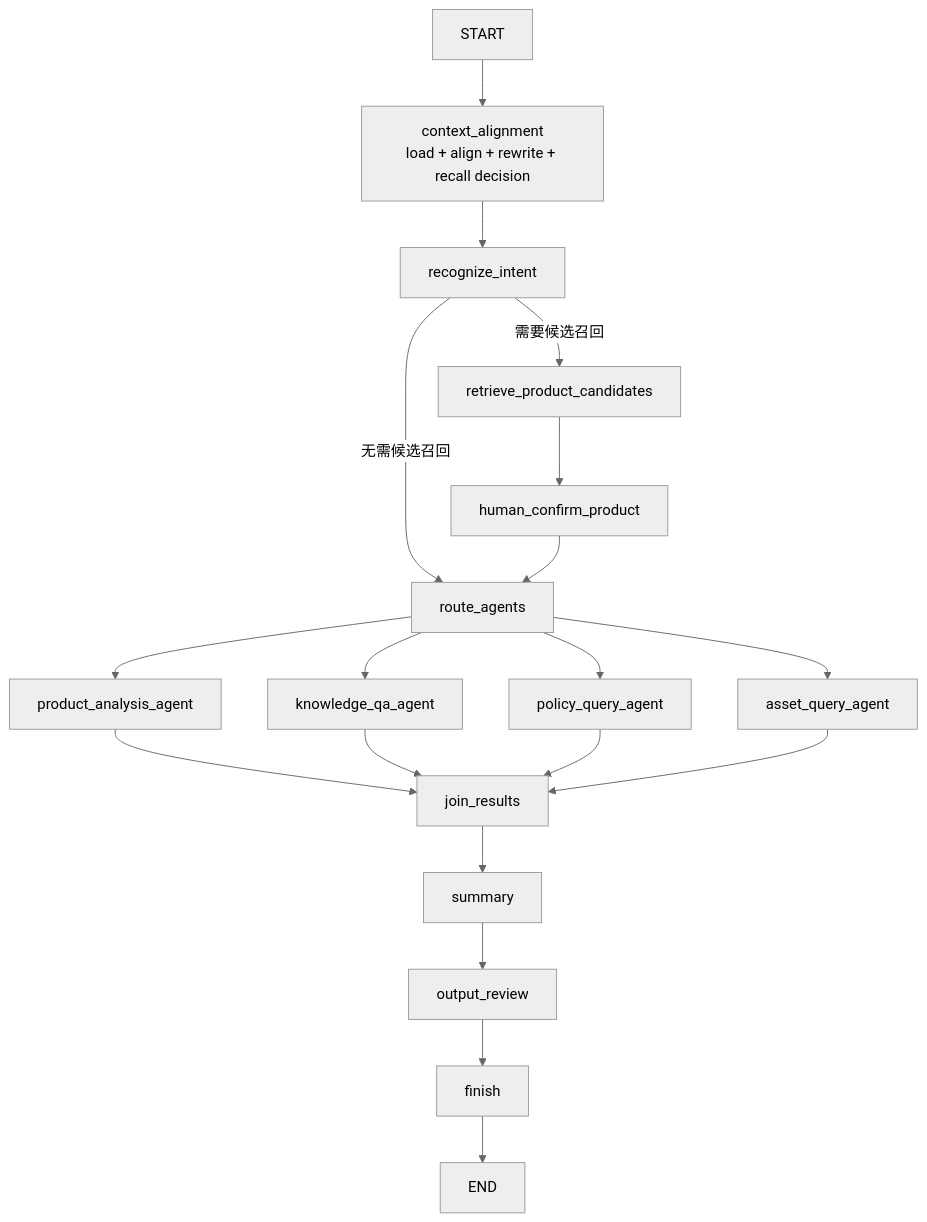
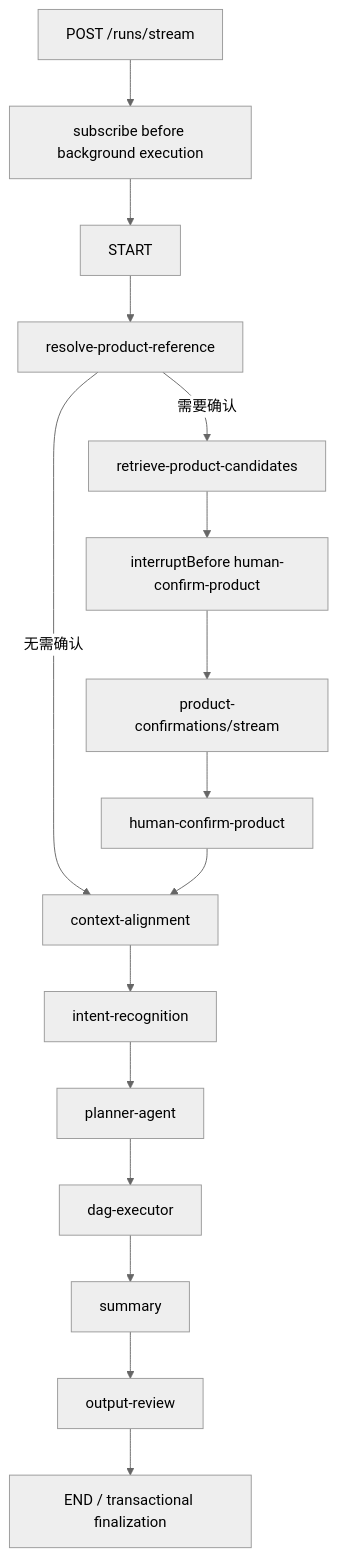
Before and after one commit to Symbolhallo/insurance-agent: the diagram in docs/spring-ai-alibaba/04-insurance-agent-implementation-guide.md, drawn with Mermaid (neutral theme). The commit also changed other lines of this file and 19 other files, not shown here.

Commit message:
docs(workflow): align SSE main graph execution chain

````diff
--- a/docs/spring-ai-alibaba/04-insurance-agent-implementation-guide.md
+++ b/docs/spring-ai-alibaba/04-insurance-agent-implementation-guide.md
@@ -7,16 +7,11 @@
 ```mermaid
 flowchart TD
-    S["START"] --> CA["context_alignment<br/>load + align + rewrite + recall decision"] --> RI["recognize_intent"]
-    RI -->|需要候选召回| RPC["retrieve_product_candidates"] --> H["human_confirm_product"]
-    RI -->|无需候选召回| RA["route_agents"]
-    H --> RA
-    RA --> PA["product_analysis_agent"]
-    RA --> KQ["knowledge_qa_agent"]
-    RA --> PQ["policy_query_agent"]
-    RA --> AQ["asset_query_agent"]
-    PA --> J["join_results"]
-    KQ --> J
-    PQ --> J
-    AQ --> J
-    J --> SU["summary"] --> OR["output_review"] --> F["finish"] --> E["END"]
+    API["POST /runs/stream"] --> SSE["subscribe before background execution"]
+    SSE --> S["START"] --> PR["resolve-product-reference"]
+    PR -->|需要确认| RPC["retrieve-product-candidates"] --> I["interruptBefore human-confirm-product"]
+    I --> HCAPI["product-confirmations/stream"] --> H["human-confirm-product"]
+    PR -->|无需确认| CA["context-alignment"]
+    H --> CA
+    CA --> RI["intent-recognition"] --> P["planner-agent"] --> D["dag-executor"]
+    D --> SU["summary"] --> OR["output-review"] --> E["END / transactional finalization"]
 ```
````
